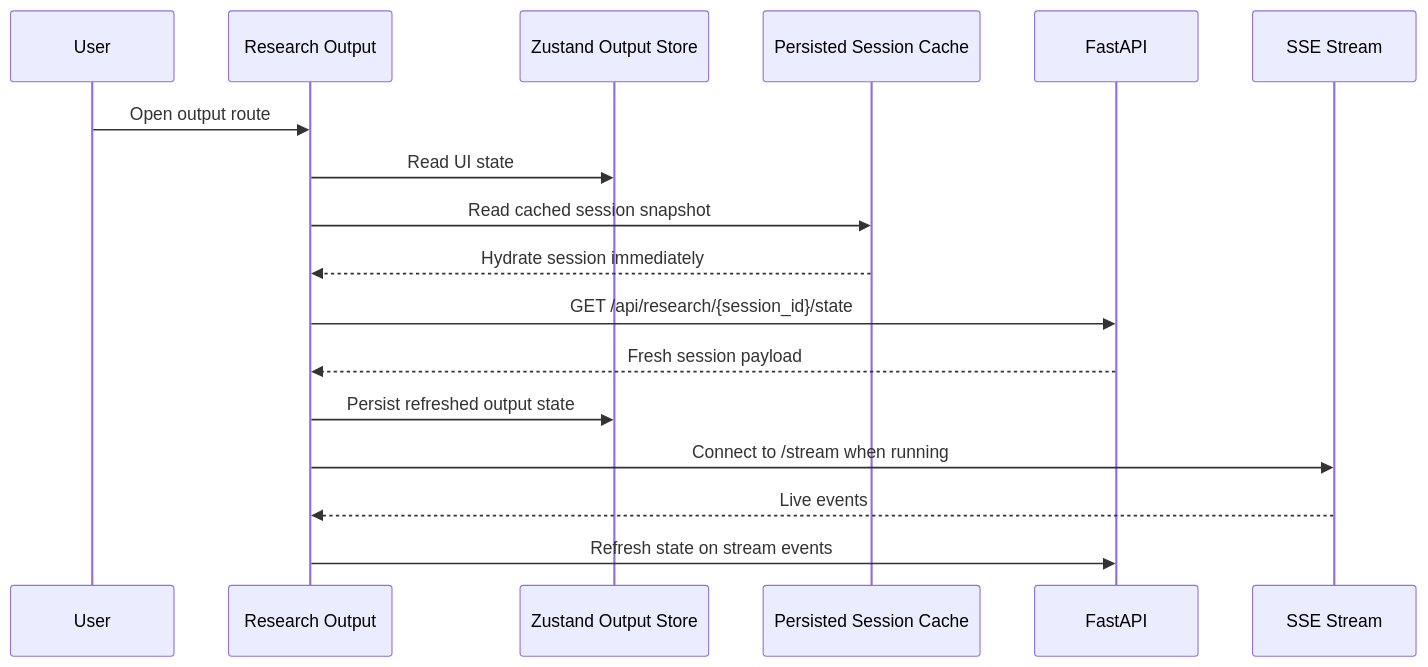
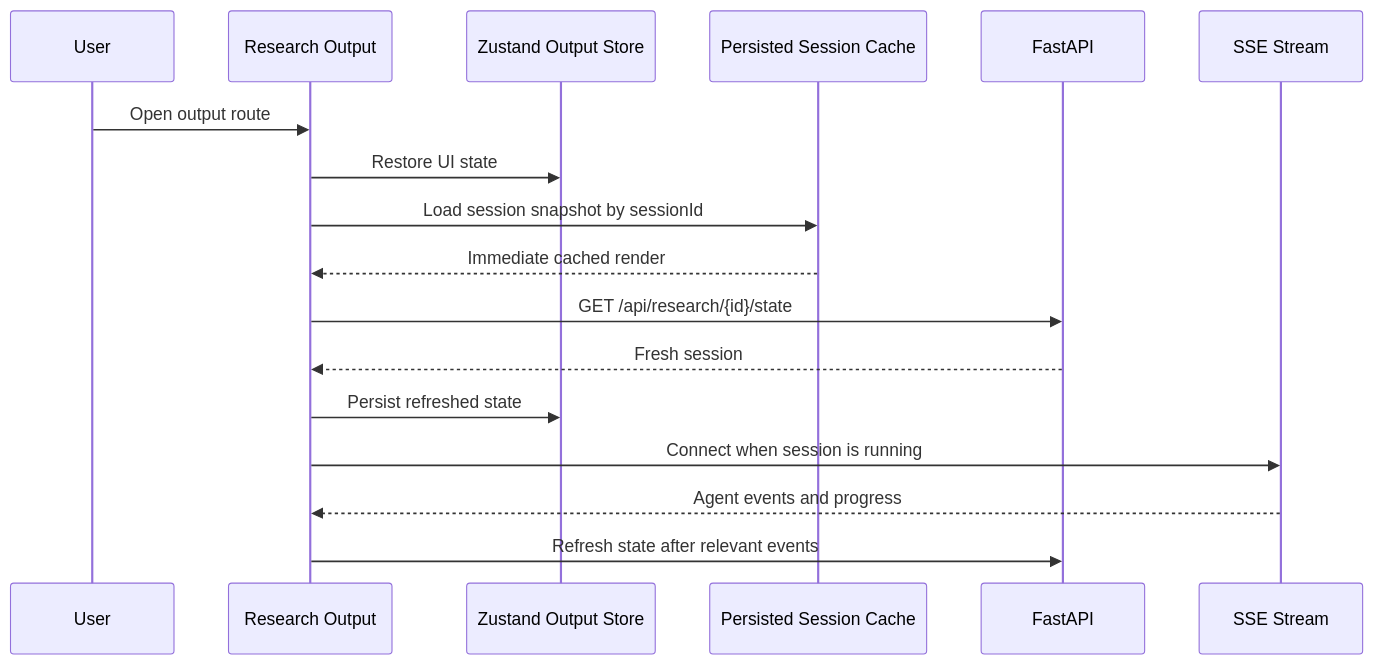
The fifth of 10 diagrams in Group_9/ai-hackathon/docs/WORKFLOW_DIAGRAMS.md (greenp8888/Submissions_C5), drawn with Mermaid before and after one commit. The commit also changed other lines of this file and 35 other files, not shown here.

````diff
--- a/Group_9/ai-hackathon/docs/WORKFLOW_DIAGRAMS.md
+++ b/Group_9/ai-hackathon/docs/WORKFLOW_DIAGRAMS.md
@@ -96,20 +125,20 @@
 ```mermaid
 sequenceDiagram
-    participant U as User
+    participant User as User
     participant Output as Research Output
     participant Store as Zustand Output Store
     participant Cache as Persisted Session Cache
     participant API as FastAPI
     participant SSE as SSE Stream
 
-    U->>Output: Open output route
-    Output->>Store: Read UI state
-    Output->>Cache: Read cached session snapshot
-    Cache-->>Output: Hydrate session immediately
-    Output->>API: GET /api/research/{session_id}/state
-    API-->>Output: Fresh session payload
-    Output->>Store: Persist refreshed output state
-    Output->>SSE: Connect to /stream when running
-    SSE-->>Output: Live events
-    Output->>API: Refresh state on stream events
+    User->>Output: Open output route
+    Output->>Store: Restore UI state
+    Output->>Cache: Load session snapshot by sessionId
+    Cache-->>Output: Immediate cached render
+    Output->>API: GET /api/research/{id}/state
+    API-->>Output: Fresh session
+    Output->>Store: Persist refreshed state
+    Output->>SSE: Connect when session is running
+    SSE-->>Output: Agent events and progress
+    Output->>API: Refresh state after relevant events
 ```
````
